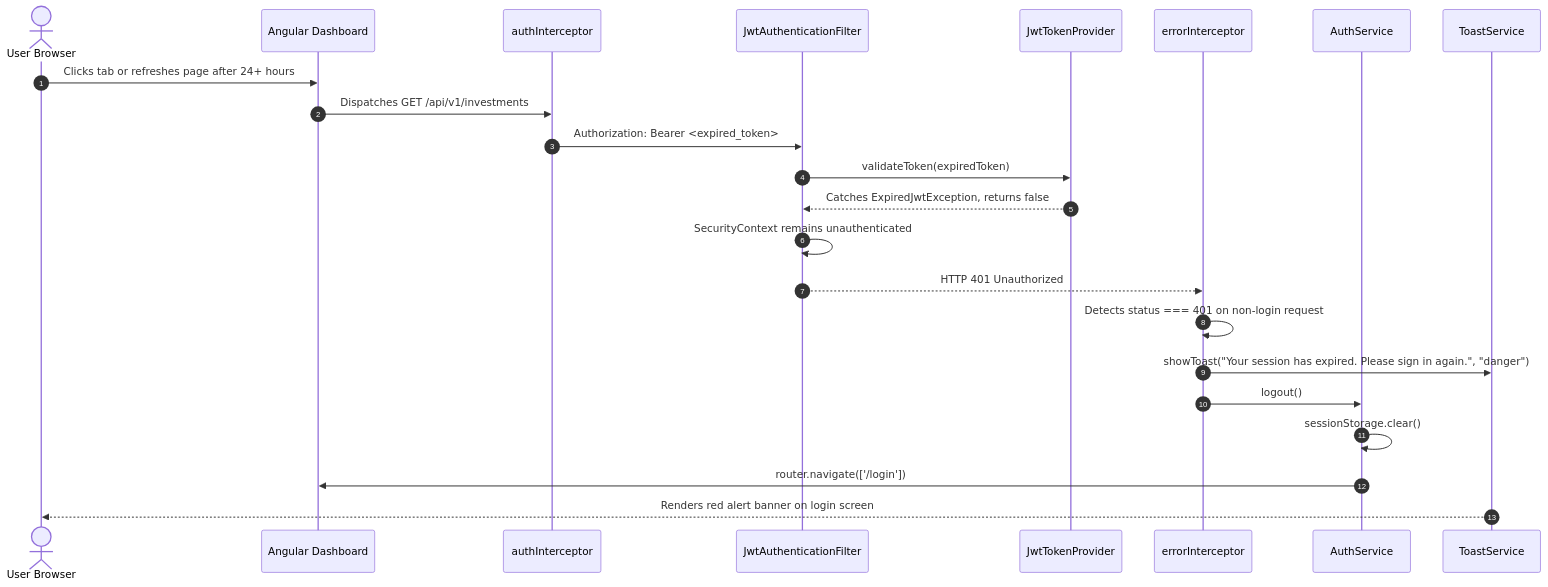
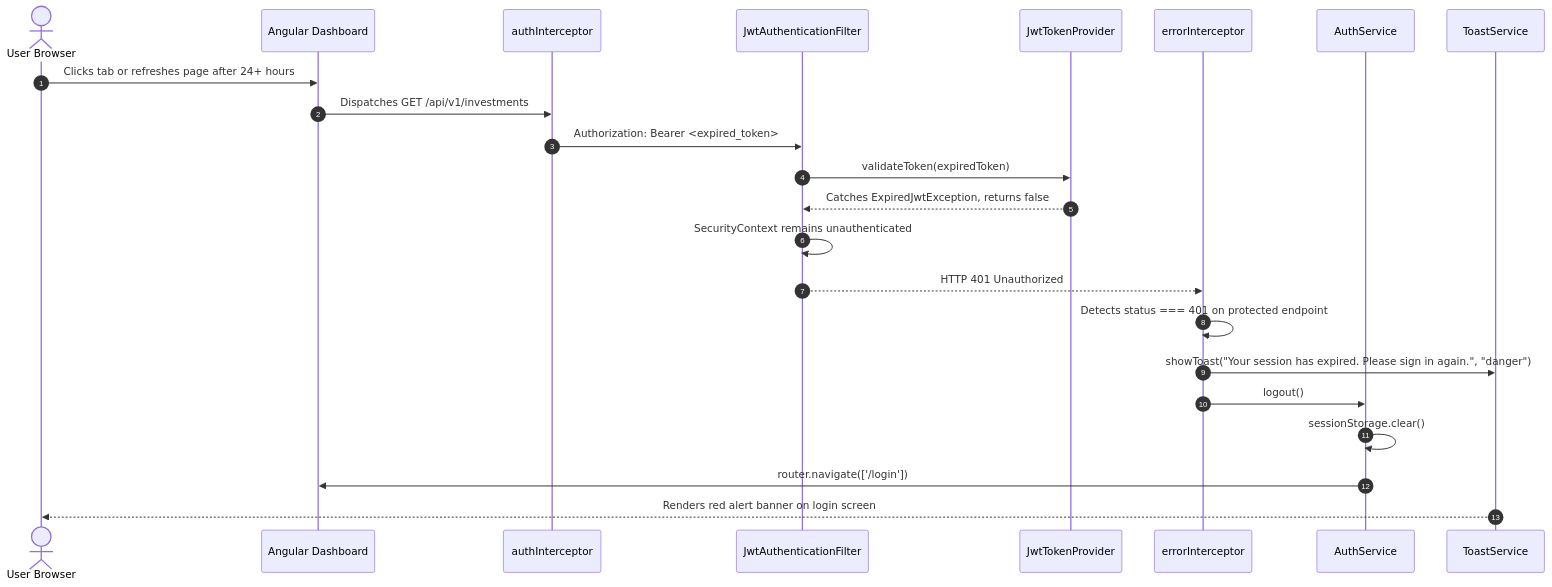
Before and after one commit to firojm57/mio-wealth: the fifth of 5 diagrams in docs/sequence-diagrams.md, drawn with Mermaid. The commit also changed other lines of this file and 49 other files, not shown here.

````diff
--- a/docs/sequence-diagrams.md
+++ b/docs/sequence-diagrams.md
@@ -182,27 +217,27 @@
 ```mermaid
 sequenceDiagram
     autonumber
     actor User as User Browser
     participant UI as Angular Dashboard
     participant Outbound as authInterceptor
     participant Filter as JwtAuthenticationFilter
     participant JwtProvider as JwtTokenProvider
     participant Inbound as errorInterceptor
     participant AuthSvc as AuthService
     participant Toast as ToastService
 
     User->>UI: Clicks tab or refreshes page after 24+ hours
     UI->>Outbound: Dispatches GET /api/v1/investments
     Outbound->>Filter: Authorization: Bearer <expired_token>
     Filter->>JwtProvider: validateToken(expiredToken)
     JwtProvider-->>Filter: Catches ExpiredJwtException, returns false
     Filter->>Filter: SecurityContext remains unauthenticated
     Filter-->>Inbound: HTTP 401 Unauthorized
 
-    Inbound->>Inbound: Detects status === 401 on non-login request
+    Inbound->>Inbound: Detects status === 401 on protected endpoint
     Inbound->>Toast: showToast("Your session has expired. Please sign in again.", "danger")
     Inbound->>AuthSvc: logout()
     AuthSvc->>AuthSvc: sessionStorage.clear()
     AuthSvc->>UI: router.navigate(['/login'])
     Toast-->>User: Renders red alert banner on login screen
 ```
````
